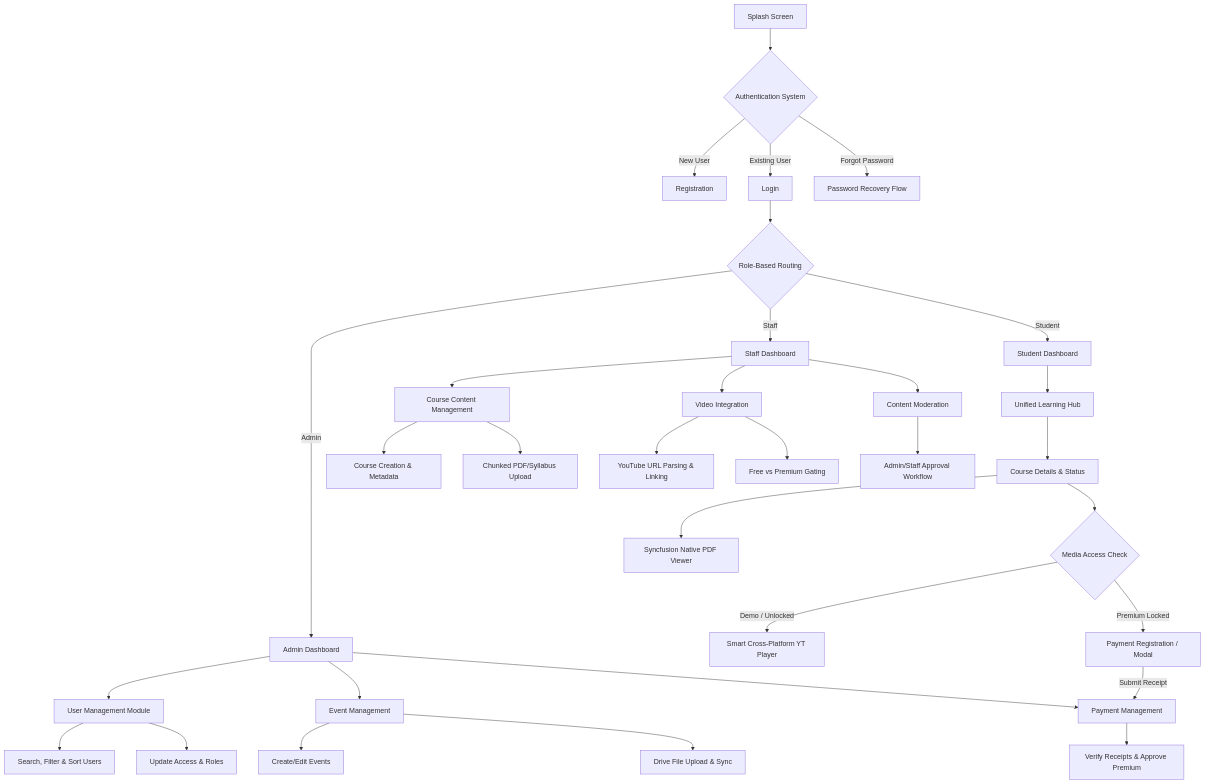
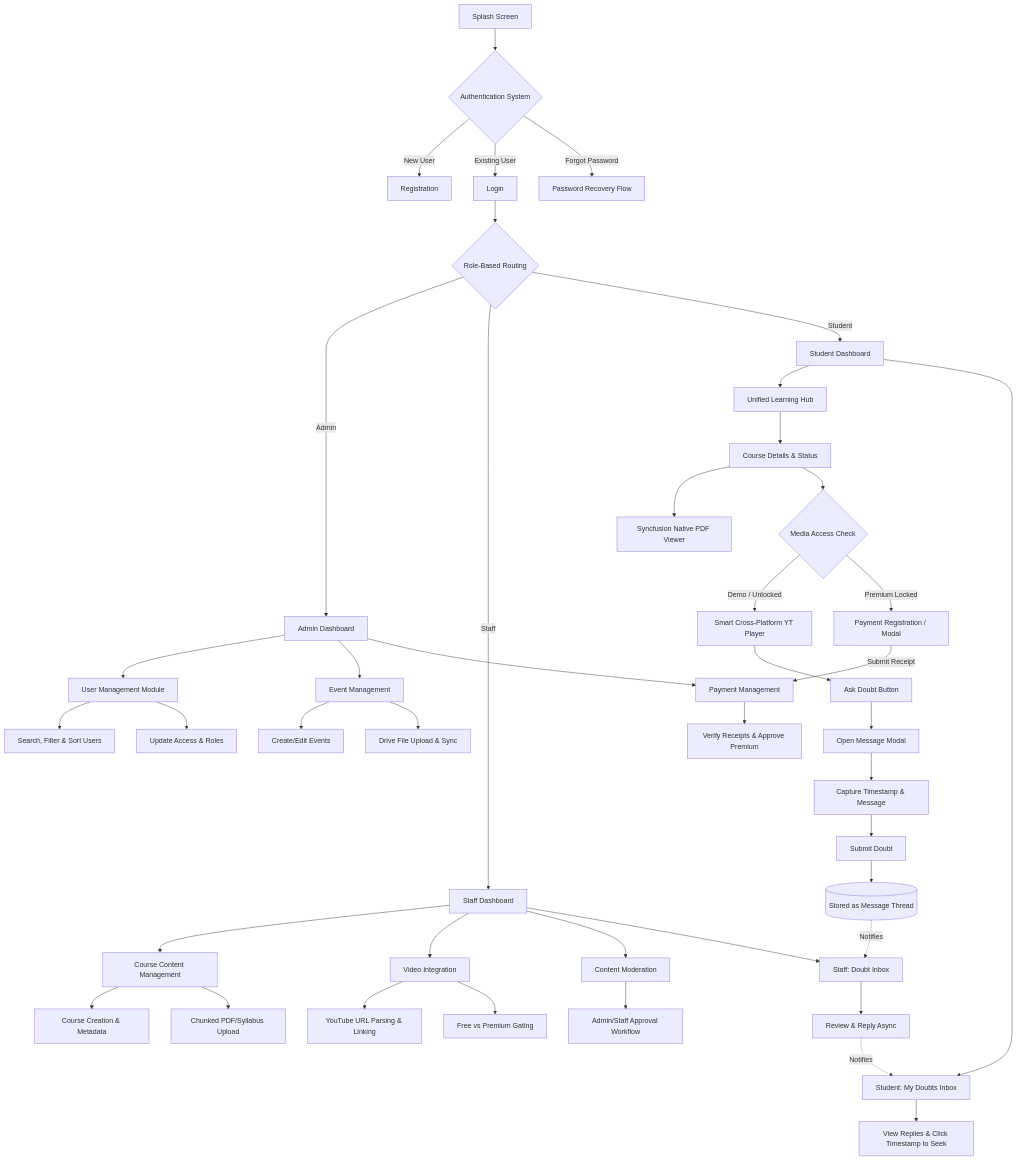
One commit to Vinothkumar0311/Vaagai_app changed the diagram in README.md. Above: the diagram before and after it, drawn with Mermaid. The commit also changed other lines of this file and 26 other files, not shown here.

````diff
--- a/README.md
+++ b/README.md
@@ -48,44 +55,60 @@
 ```mermaid
 graph TD
     %% Authentication & Onboarding
     A[Splash Screen] --> B{Authentication System}
     B -->|New User| B1[Registration]
     B -->|Existing User| B2[Login]
     B -->|Forgot Password| B3[Password Recovery Flow]
     
     %% Role Evaluation
     B2 --> C{Role-Based Routing}
     C -->|Admin| D[Admin Dashboard]
     C -->|Staff| E[Staff Dashboard]
     C -->|Student| F[Student Dashboard]
 
     %% Admin Flow
     D --> D1[User Management Module]
     D1 --> D1a[Search, Filter & Sort Users]
     D1 --> D1b[Update Access & Roles]
     D --> D2[Event Management]
     D2 --> D2a[Create/Edit Events]
     D2 --> D2b[Drive File Upload & Sync]
     D --> D3[Payment Management]
     D3 --> D3a[Verify Receipts & Approve Premium]
 
     %% Staff Flow
     E --> E1[Course Content Management]
     E1 --> E1a[Course Creation & Metadata]
     E1 --> E1b[Chunked PDF/Syllabus Upload]
     E --> E2[Video Integration]
     E2 --> E2a[YouTube URL Parsing & Linking]
     E2 --> E2b[Free vs Premium Gating]
     E --> E3[Content Moderation]
     E3 --> E3a[Admin/Staff Approval Workflow]
 
     %% Student Flow
     F --> F1[Unified Learning Hub]
     F1 --> F2[Course Details & Status]
     F2 --> F3[Syncfusion Native PDF Viewer]
     F2 --> F4{Media Access Check}
     
     F4 -->|Demo / Unlocked| F5[Smart Cross-Platform YT Player]
     F4 -->|Premium Locked| F6[Payment Registration / Modal]
     F6 -->|Submit Receipt| D3
+
+    %% 🧩 Async Doubt System
+    F5 --> G1[Ask Doubt Button]
+    G1 --> G2[Open Message Modal]
+    G2 --> G3[Capture Timestamp & Message]
+    G3 --> G4[Submit Doubt]
+    G4 --> G5[(Stored as Message Thread)]
+    
+    F --> F7[Student: My Doubts Inbox]
+    F7 --> F7a[View Replies & Click Timestamp to Seek]
+    
+    E --> E4[Staff: Doubt Inbox]
+    E4 --> E4a[Review & Reply Async]
+    
+    G5 -.->|Notifies| E4
+    E4a -.->|Notifies| F7
 ```
````
